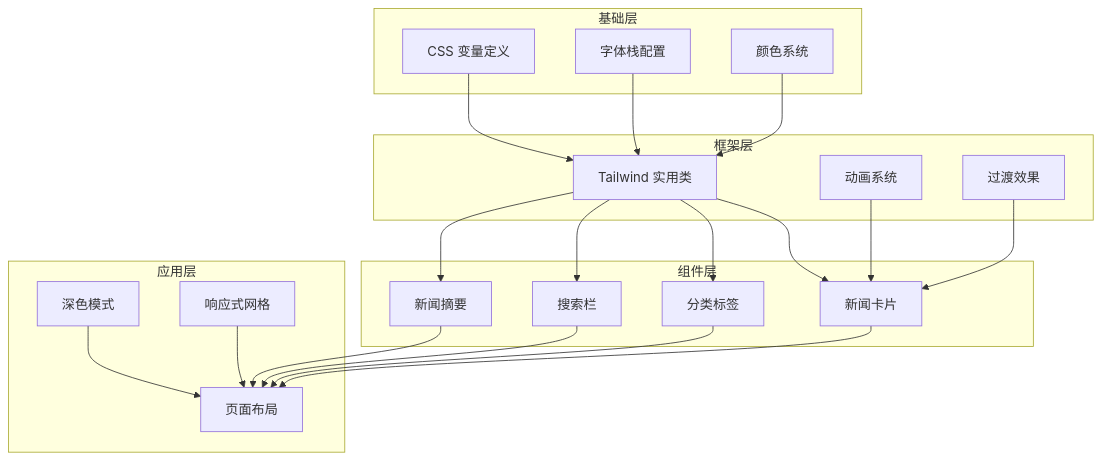
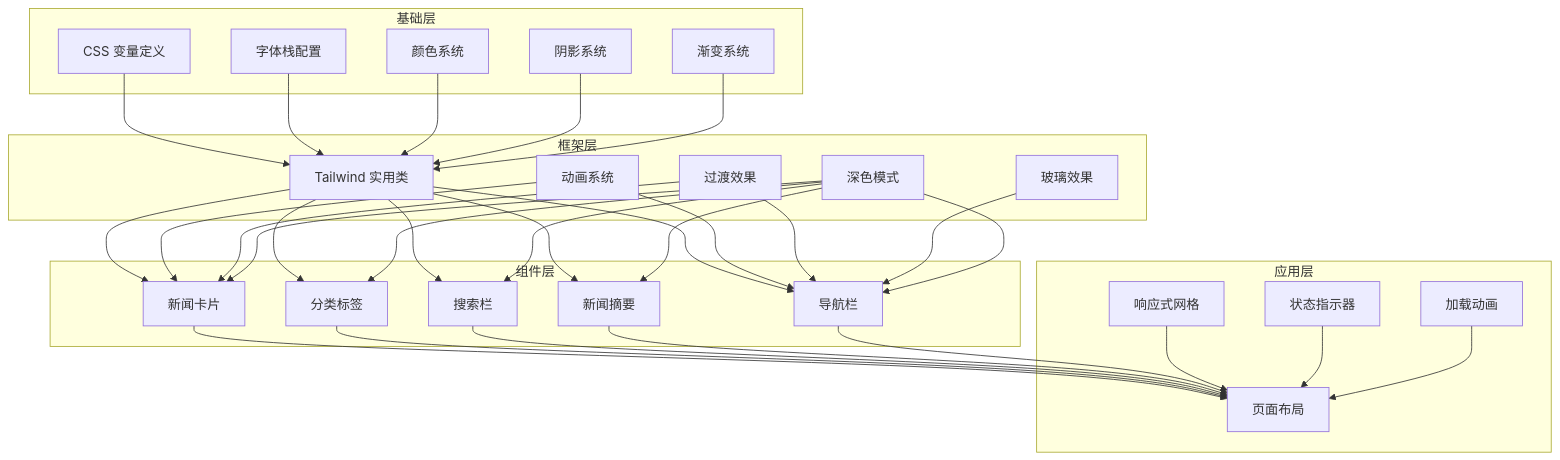
Before and after one commit to zuozuoliu740-cmd/xianxiong-news: the third of 9 diagrams in .qoder/repowiki/zh/content/样式和主题系统.md, drawn with Mermaid. The commit also changed other lines of this file and 11 other files, not shown here.

````diff
--- a/.qoder/repowiki/zh/content/样式和主题系统.md
+++ b/.qoder/repowiki/zh/content/样式和主题系统.md
@@ -113,39 +127,58 @@
 ```mermaid
 graph TB
 subgraph "基础层"
 A[CSS 变量定义]
 B[字体栈配置]
 C[颜色系统]
+D[阴影系统]
+E[渐变系统]
 end
 subgraph "框架层"
-D[Tailwind 实用类]
-E[动画系统]
-F[过渡效果]
+F[Tailwind 实用类]
+G[动画系统]
+H[过渡效果]
+I[玻璃效果]
+J[深色模式]
 end
 subgraph "组件层"
-G[新闻卡片]
-H[分类标签]
-I[搜索栏]
-J[新闻摘要]
+K[新闻卡片]
+L[分类标签]
+M[搜索栏]
+N[新闻摘要]
+O[导航栏]
 end
 subgraph "应用层"
-K[页面布局]
-L[深色模式]
-M[响应式网格]
+P[页面布局]
+Q[响应式网格]
+R[状态指示器]
+S[加载动画]
 end
-A --> D
-B --> D
-C --> D
-D --> G
-D --> H
-D --> I
-D --> J
-E --> G
-F --> G
+A --> F
+B --> F
+C --> F
+D --> F
+E --> F
+F --> K
+F --> L
+F --> M
+F --> N
+F --> O
 G --> K
+G --> O
 H --> K
-I --> K
+H --> O
+I --> O
 J --> K
-L --> K
-M --> K
+J --> L
+J --> M
+J --> N
+J --> O
+K --> P
+L --> P
+M --> P
+N --> P
+O --> P
+Q --> P
+R --> P
+S --> P
 ```
````
